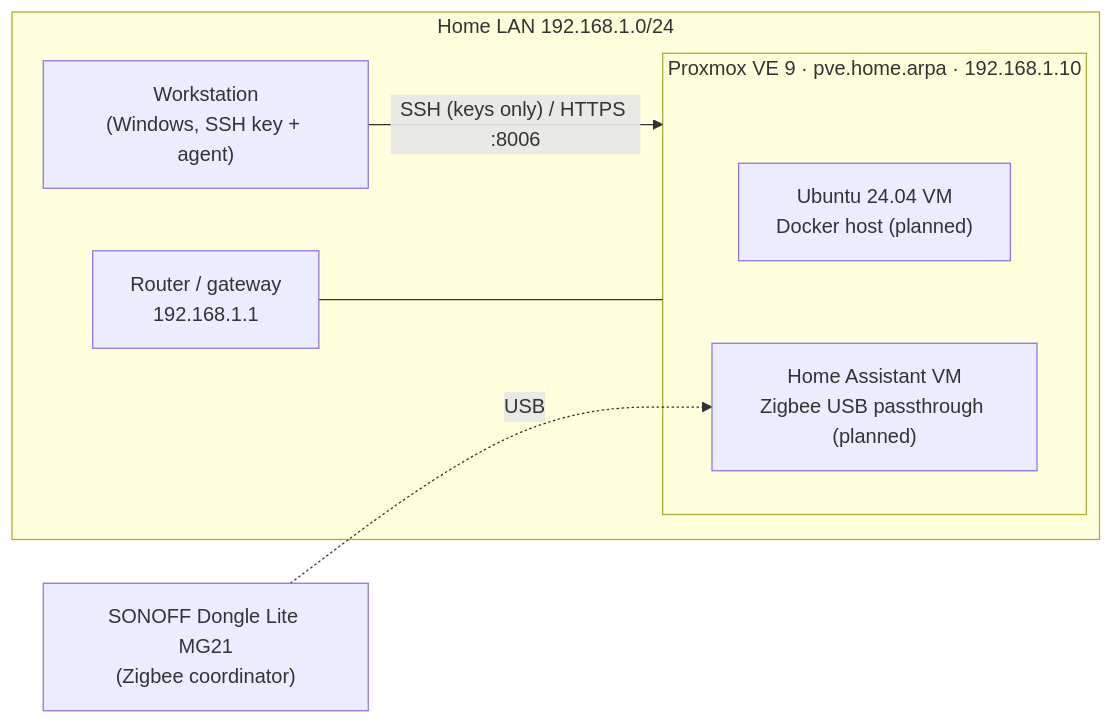
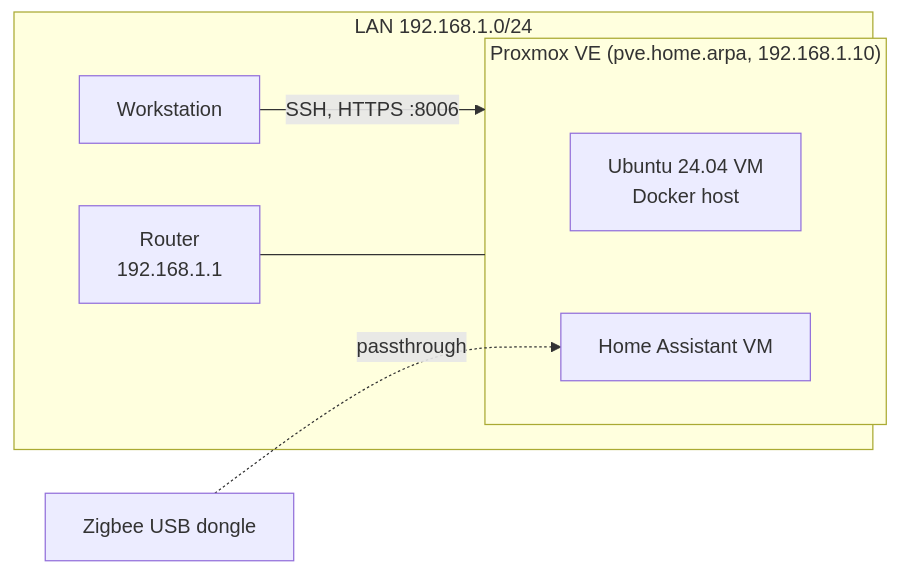
Before and after one commit to ralferik/homelab: the diagram in README.md, drawn with Mermaid. The commit also changed other lines of this file and 1 other file, not shown here.

Commit message:
Rewrite README and add Proxmox host notes

````diff
--- a/README.md
+++ b/README.md
@@ -13,14 +12,14 @@
 ```mermaid
 flowchart LR
-    subgraph LAN["Home LAN 192.168.1.0/24"]
-        router["Router / gateway<br/>192.168.1.1"]
-        ws["Workstation<br/>(Windows, SSH key + agent)"]
-        subgraph pve["Proxmox VE 9 · pve.home.arpa · 192.168.1.10"]
-            docker["Ubuntu 24.04 VM<br/>Docker host (planned)"]
-            ha["Home Assistant VM<br/>Zigbee USB passthrough (planned)"]
+    subgraph LAN["LAN 192.168.1.0/24"]
+        router["Router<br/>192.168.1.1"]
+        ws["Workstation"]
+        subgraph pve["Proxmox VE (pve.home.arpa, 192.168.1.10)"]
+            docker["Ubuntu 24.04 VM<br/>Docker host"]
+            ha["Home Assistant VM"]
         end
     end
-    ws -- "SSH (keys only) / HTTPS :8006" --> pve
+    ws -- "SSH, HTTPS :8006" --> pve
     router --- pve
-    dongle["SONOFF Dongle Lite MG21<br/>(Zigbee coordinator)"] -. USB .-> ha
+    dongle["Zigbee USB dongle"] -. passthrough .-> ha
 ```
````
